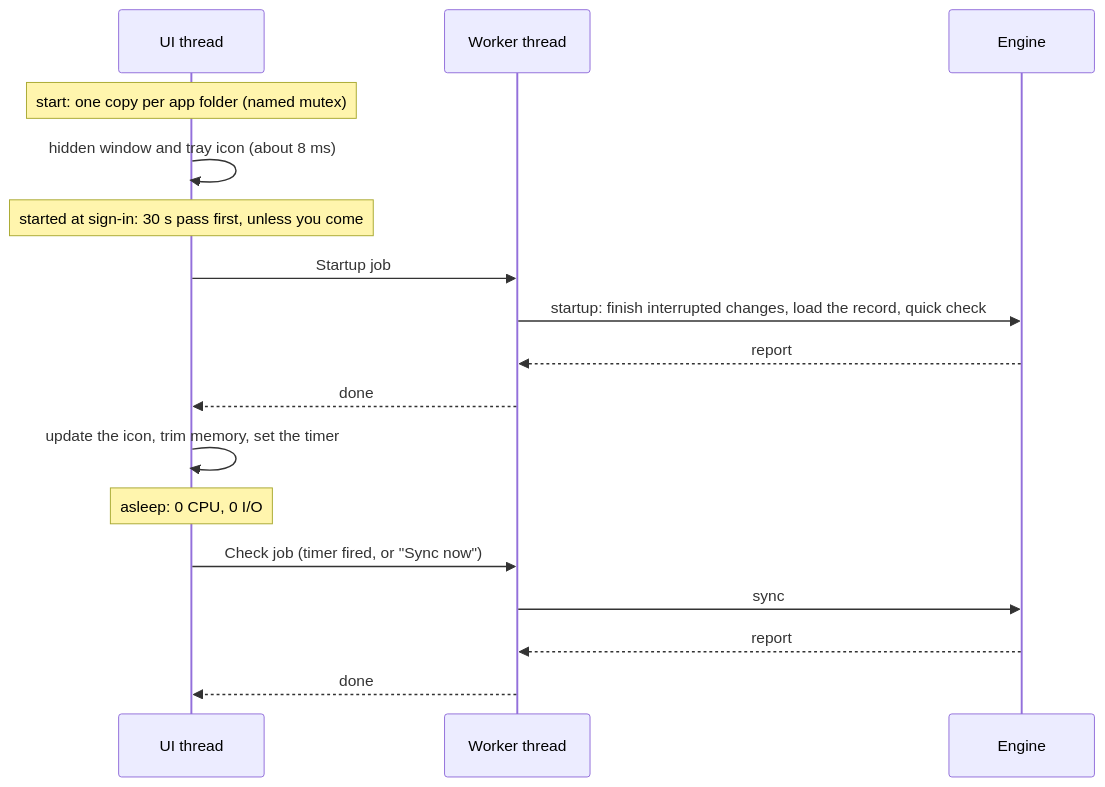
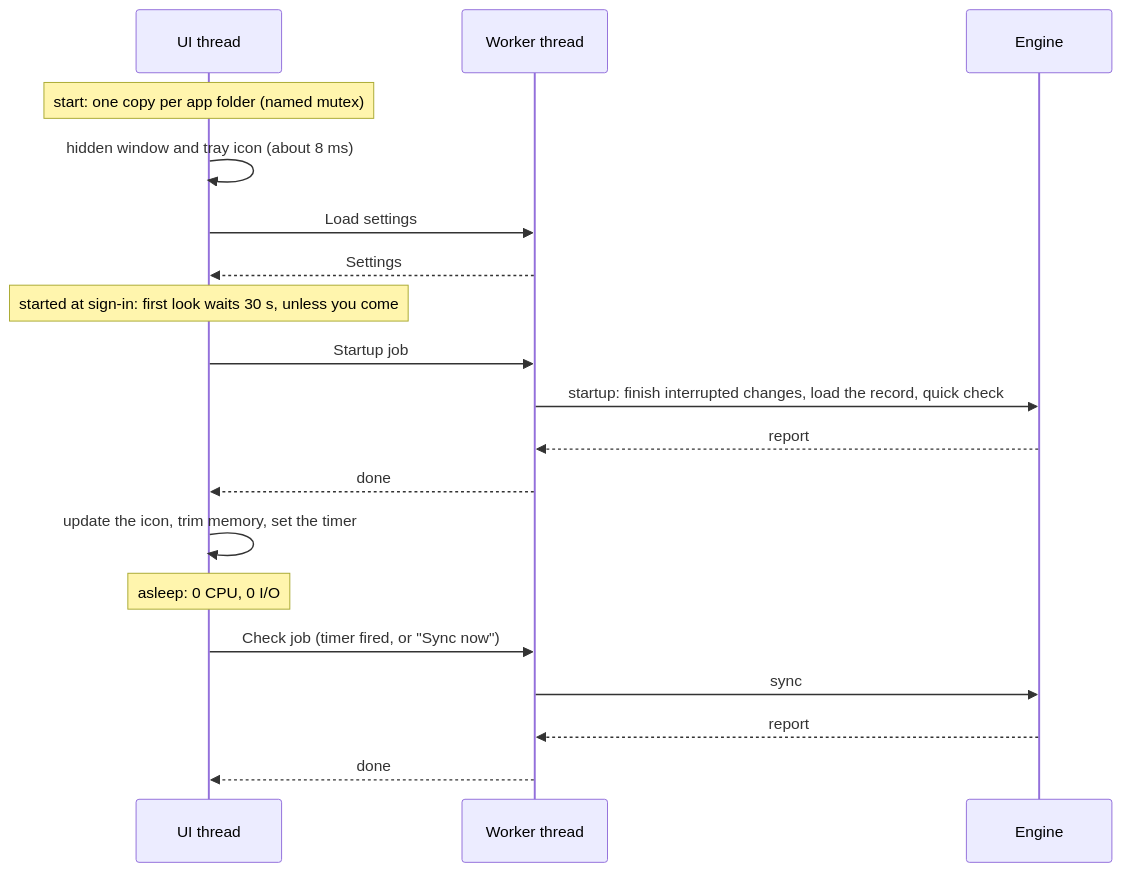
Before and after one commit to AngelosP/tiny-skill-sync: the second of 6 diagrams in ARCHITECTURE.md, drawn with Mermaid. The commit also changed other lines of this file and 43 other files, not shown here.

````diff
--- a/ARCHITECTURE.md
+++ b/ARCHITECTURE.md
@@ -74,19 +77,21 @@
 ```mermaid
 sequenceDiagram
     participant UI as UI thread
     participant W as Worker thread
     participant E as Engine
     Note over UI: start: one copy per app folder (named mutex)
     UI->>UI: hidden window and tray icon (about 8 ms)
-    Note over UI: started at sign-in: 30 s pass first, unless you come
+    UI->>W: Load settings
+    W-->>UI: Settings
+    Note over UI: started at sign-in: first look waits 30 s, unless you come
     UI->>W: Startup job
     W->>E: startup: finish interrupted changes, load the record, quick check
     E-->>W: report
     W-->>UI: done
     UI->>UI: update the icon, trim memory, set the timer
     Note over UI: asleep: 0 CPU, 0 I/O
     UI->>W: Check job (timer fired, or "Sync now")
     W->>E: sync
     E-->>W: report
     W-->>UI: done
 ```
````
